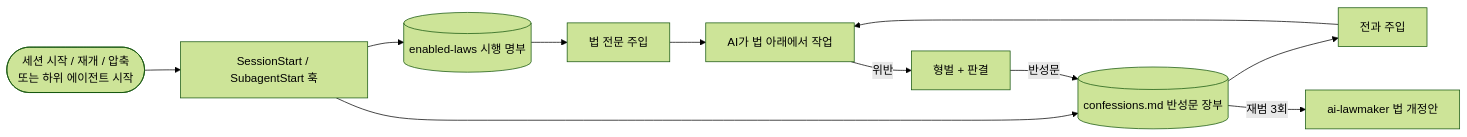
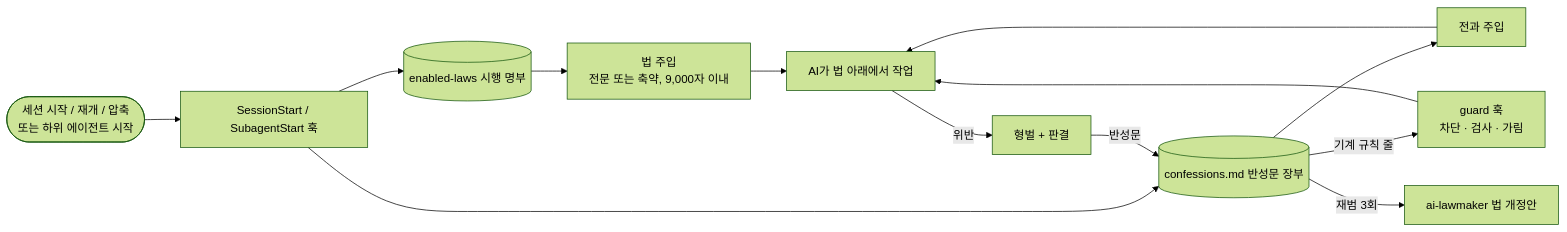
The diagram in README.ko.md (jinyeong03/ai-lawbook), drawn with Mermaid (forest theme) before and after one commit. The commit also changed other lines of this file and 38 other files, not shown here.

````diff
--- a/README.ko.md
+++ b/README.ko.md
@@ -148,13 +149,15 @@
 ```mermaid
 flowchart LR
   S([세션 시작 / 재개 / 압축<br/>또는 하위 에이전트 시작]) --> H[SessionStart / SubagentStart 훅]
   H --> R[(enabled-laws 시행 명부)]
   H --> L[(confessions.md 반성문 장부)]
-  R --> C[법 전문 주입]
+  R --> C[법 주입<br/>전문 또는 축약, 9,000자 이내]
   L --> P[전과 주입]
   C --> W[AI가 법 아래에서 작업]
   P --> W
+  L -- 기계 규칙 줄 --> G[guard 훅<br/>차단 · 검사 · 가림]
+  G --> W
   W -- 위반 --> J[형벌 + 판결]
   J -- 반성문 --> L
   L -- 재범 3회 --> M[ai-lawmaker 법 개정안]
 ```
````
